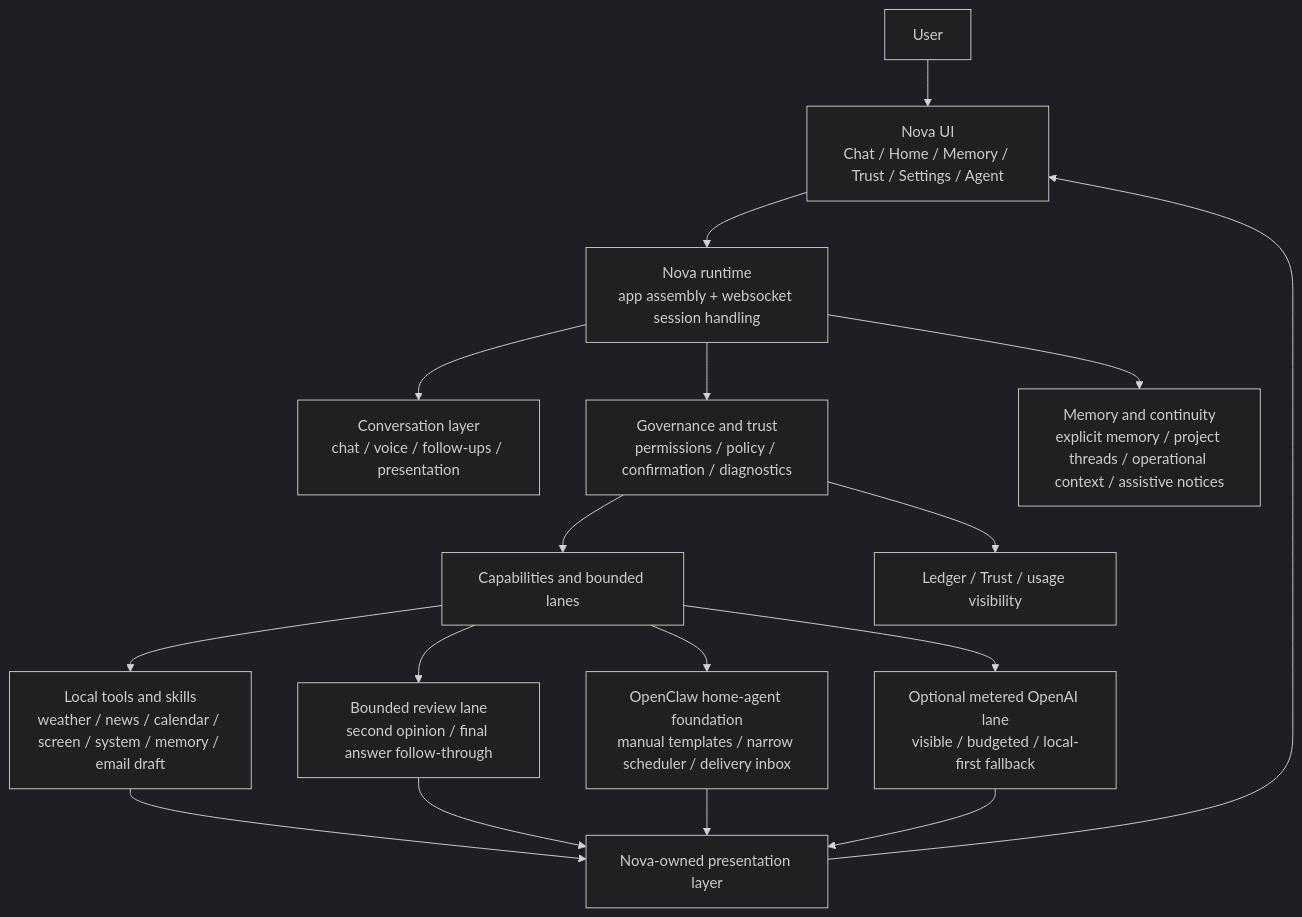
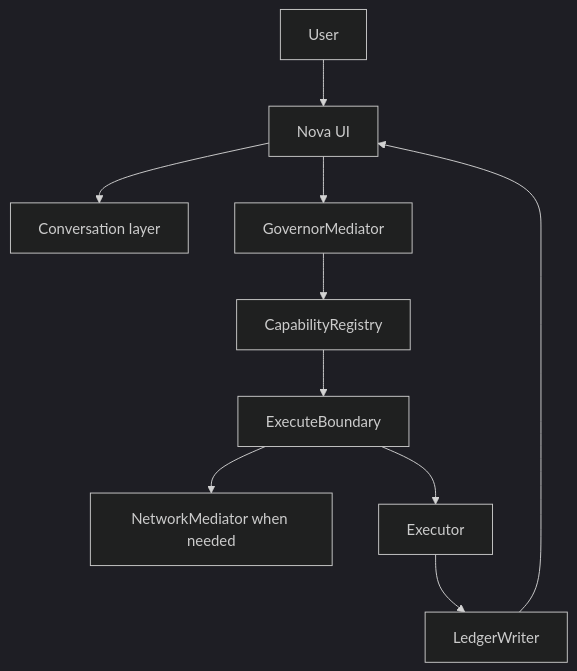
Before and after one commit to christopherbdaugherty96/NovaLIS: the diagram in README.md, drawn with Mermaid (dark theme). The commit also changed other lines of this file and 8 other files, not shown here.

````diff
--- a/README.md
+++ b/README.md
@@ -103,23 +100,12 @@
 ```mermaid
 flowchart TD
-    U["User"] --> UI["Nova UI\nChat / Home / Memory / Trust / Settings / Agent"]
-    UI --> APP["Nova runtime\napp assembly + websocket session handling"]
-
-    APP --> CONV["Conversation layer\nchat / voice / follow-ups / presentation"]
-    APP --> GOV["Governance and trust\npermissions / policy / confirmation / diagnostics"]
-    APP --> MEM["Memory and continuity\nexplicit memory / project threads / operational context / assistive notices"]
-
-    GOV --> CAPS["Capabilities and bounded lanes"]
-    CAPS --> LOCAL["Local tools and skills\nweather / news / calendar / screen / system / memory / email draft"]
-    CAPS --> REVIEW["Bounded review lane\nsecond opinion / final answer follow-through"]
-    CAPS --> OPENCLAW["OpenClaw home-agent foundation\nmanual templates / narrow scheduler / delivery inbox"]
-    CAPS --> OPENAI["Optional metered OpenAI lane\nvisible / budgeted / local-first fallback"]
-
-    LOCAL --> PRESENT["Nova-owned presentation layer"]
-    REVIEW --> PRESENT
-    OPENCLAW --> PRESENT
-    OPENAI --> PRESENT
-
-    PRESENT --> UI
-    GOV --> LEDGER["Ledger / Trust / usage visibility"]
+    U["User"] --> UI["Nova UI"]
+    UI --> CONV["Conversation layer"]
+    UI --> GOV["GovernorMediator"]
+    GOV --> REG["CapabilityRegistry"]
+    REG --> BOUNDARY["ExecuteBoundary"]
+    BOUNDARY --> NET["NetworkMediator when needed"]
+    BOUNDARY --> EXEC["Executor"]
+    EXEC --> LEDGER["LedgerWriter"]
+    LEDGER --> UI
 ```
````
